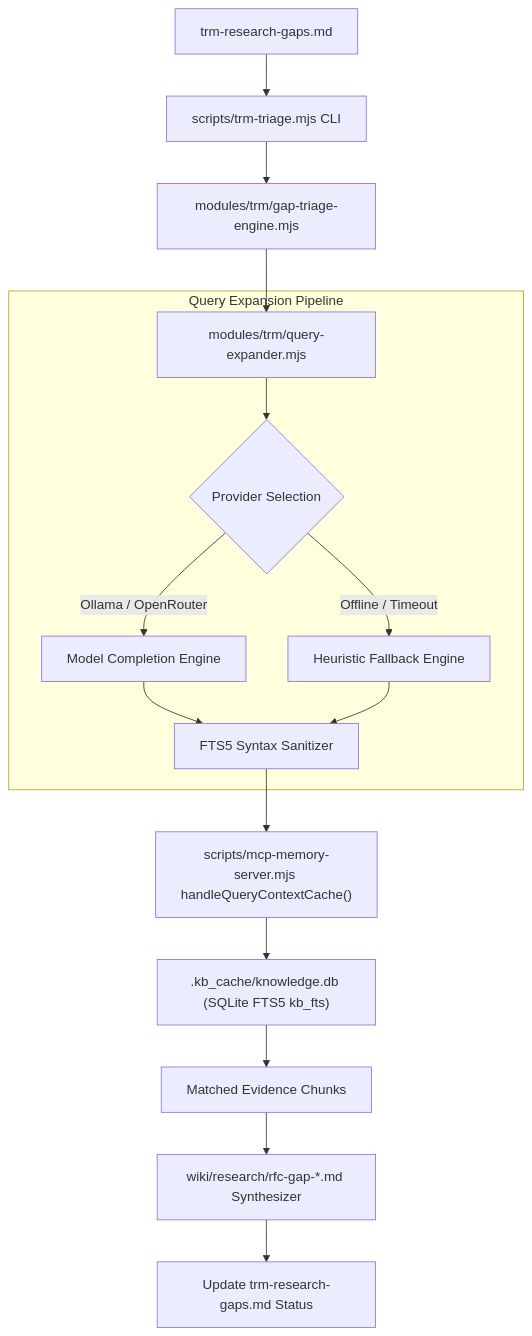
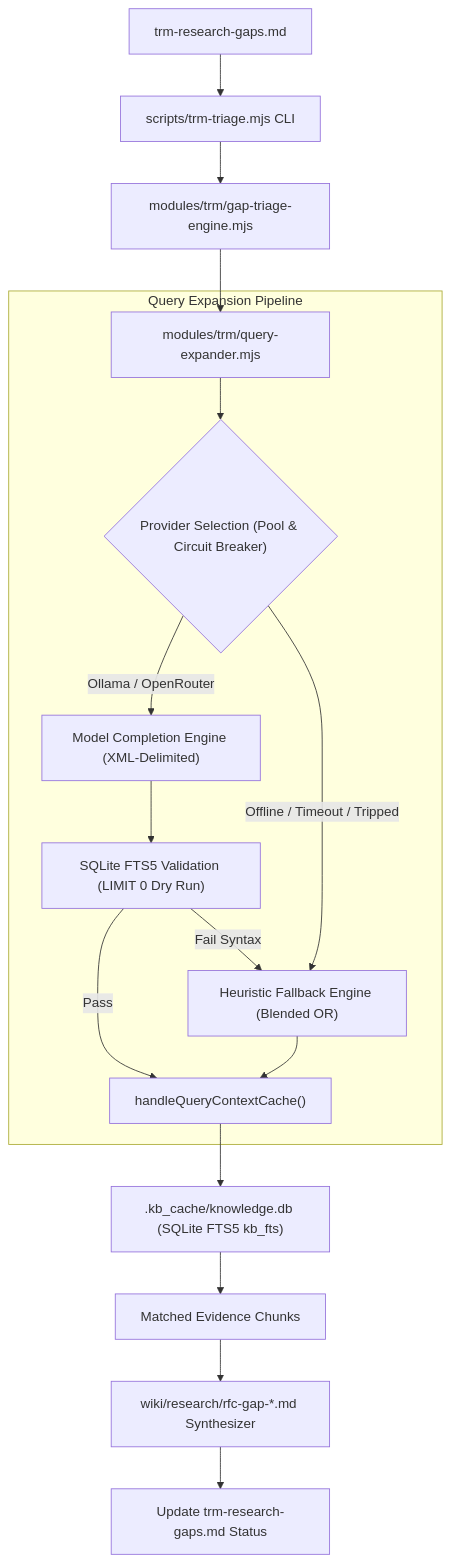
Before and after one commit to sorensencc-dotcom/toolforge: the diagram in docs/superpowers/specs/2026-08-26-trm-query-expansion-design.md, drawn with Mermaid. The commit also changed other lines of this file, not shown here.

Commit message:
docs: update TRM query expansion design spec with eng review decisions

````diff
--- a/docs/superpowers/specs/2026-08-26-trm-query-expansion-design.md
+++ b/docs/superpowers/specs/2026-08-26-trm-query-expansion-design.md
@@ -13,20 +13,21 @@
 ```mermaid
 flowchart TD
     A["trm-research-gaps.md"] --> B["scripts/trm-triage.mjs CLI"]
     B --> C["modules/trm/gap-triage-engine.mjs"]
     C --> D["modules/trm/query-expander.mjs"]
     
     subgraph Query Expansion Pipeline
-        D --> E{"Provider Selection"}
-        E -->|Ollama / OpenRouter| F["Model Completion Engine"]
-        E -->|Offline / Timeout| G["Heuristic Fallback Engine"]
-        F --> H["FTS5 Syntax Sanitizer"]
-        G --> H
+        D --> E{"Provider Selection (Pool & Circuit Breaker)"}
+        E -->|Ollama / OpenRouter| F["Model Completion Engine (XML-Delimited)"]
+        E -->|Offline / Timeout / Tripped| G["Heuristic Fallback Engine (Blended OR)"]
+        F --> H["SQLite FTS5 Validation (LIMIT 0 Dry Run)"]
+        H -->|Pass| I["handleQueryContextCache()"]
+        H -->|Fail Syntax| G
+        G --> I
     end
     
-    H --> I["scripts/mcp-memory-server.mjs handleQueryContextCache()"]
     I --> J[".kb_cache/knowledge.db (SQLite FTS5 kb_fts)"]
     J --> K["Matched Evidence Chunks"]
     K --> L["wiki/research/rfc-gap-*.md Synthesizer"]
     L --> M["Update trm-research-gaps.md Status"]
 ```
````
